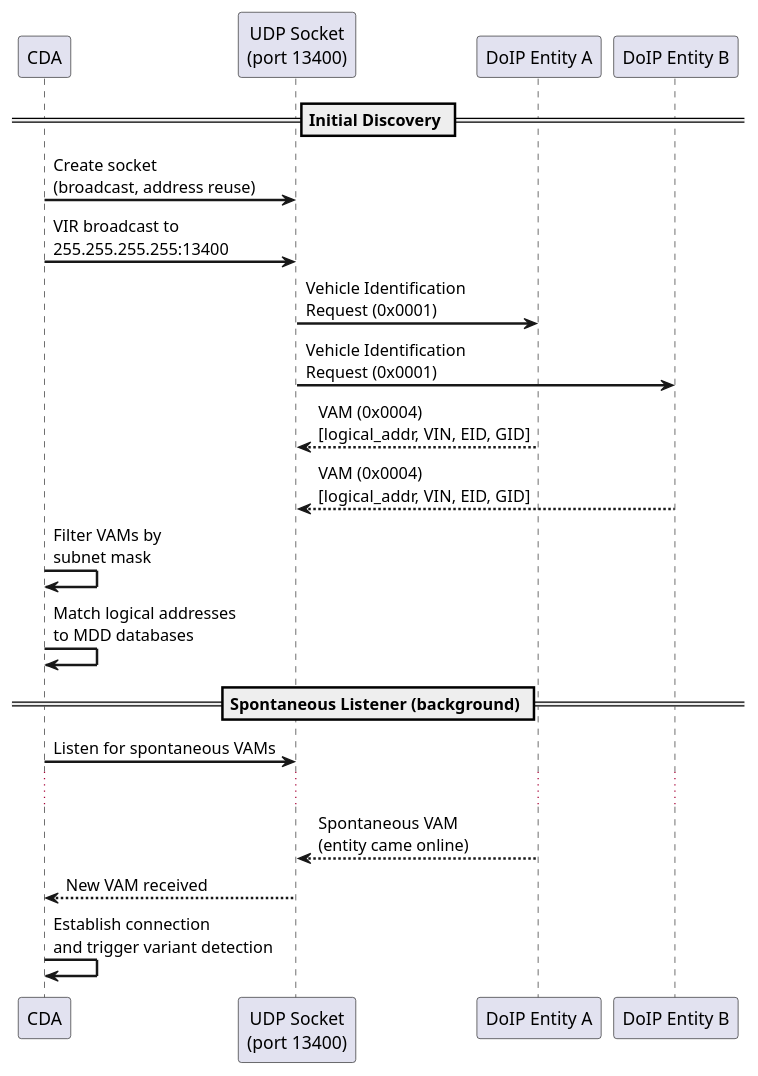
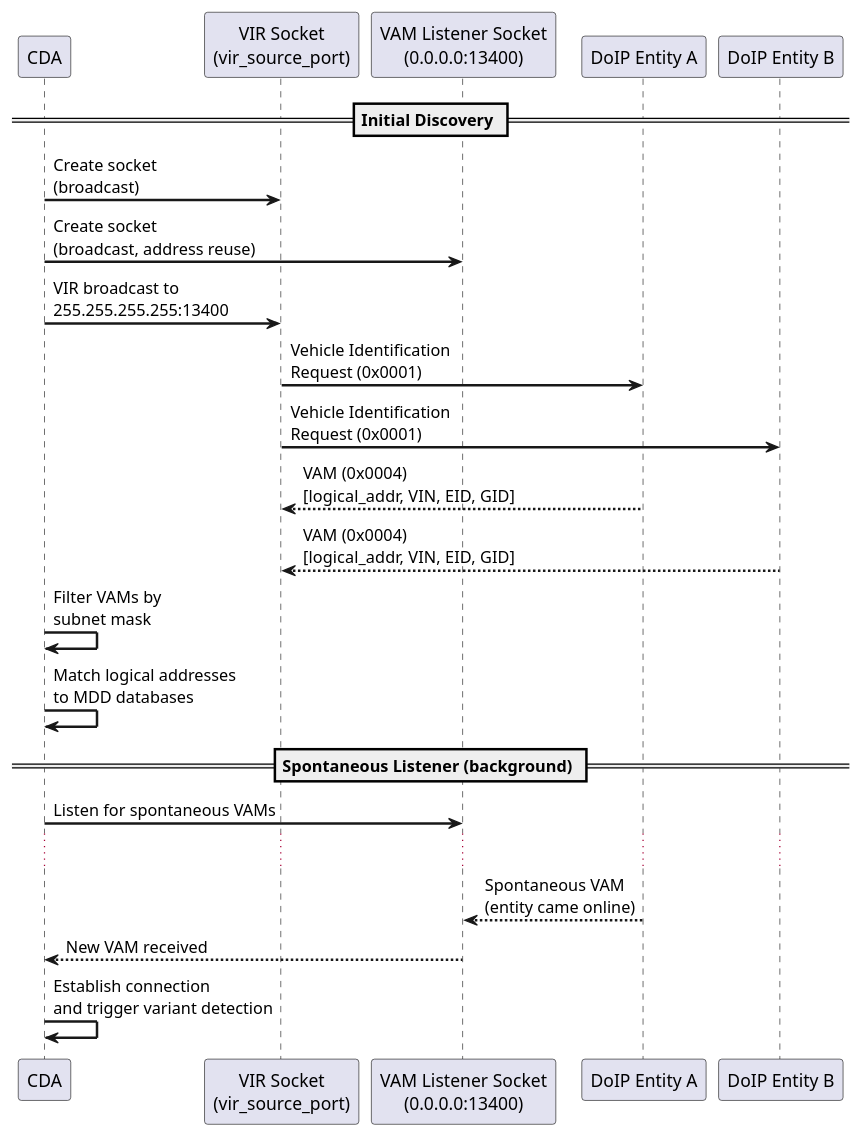
The first of 8 diagrams in docs/03_architecture/03_communication/01_doip_communication.rst (eclipse-opensovd/classic-diagnostic-adapter), drawn with PlantUML before and after one commit. The commit also changed other lines of this file and 12 other files, not shown here.

First line of the commit message:
feat(doip): make the VIR source port configurable

```diff
--- a/docs/03_architecture/03_communication/01_doip_communication.rst
+++ b/docs/03_architecture/03_communication/01_doip_communication.rst
@@ -286,32 +307,34 @@
     .. uml::
         :caption: Vehicle Identification Sequence
 
         @startuml
         skinparam backgroundColor #FFFFFF
         skinparam sequenceArrowThickness 2
 
         participant "CDA" as CDA
-        participant "UDP Socket\n(port 13400)" as UDP
+        participant "VIR Socket\n(vir_source_port)" as UDP
+        participant "VAM Listener Socket\n(0.0.0.0:13400)" as VAML
         participant "DoIP Entity A" as GWA
         participant "DoIP Entity B" as GWB
 
         == Initial Discovery ==
-        CDA -> UDP: Create socket\n(broadcast, address reuse)
+        CDA -> UDP: Create socket\n(broadcast)
+        CDA -> VAML: Create socket\n(broadcast, address reuse)
         CDA -> UDP: VIR broadcast to\n255.255.255.255:13400
 
         UDP -> GWA: Vehicle Identification\nRequest (0x0001)
         UDP -> GWB: Vehicle Identification\nRequest (0x0001)
 
         GWA --> UDP: VAM (0x0004)\n[logical_addr, VIN, EID, GID]
         GWB --> UDP: VAM (0x0004)\n[logical_addr, VIN, EID, GID]
 
         CDA -> CDA: Filter VAMs by\nsubnet mask
         CDA -> CDA: Match logical addresses\nto MDD databases
 
         == Spontaneous Listener (background) ==
-        CDA -> UDP: Listen for spontaneous VAMs
+        CDA -> VAML: Listen for spontaneous VAMs
         ...
-        GWA --> UDP: Spontaneous VAM\n(entity came online)
-        UDP --> CDA: New VAM received
+        GWA --> VAML: Spontaneous VAM\n(entity came online)
+        VAML --> CDA: New VAM received
         CDA -> CDA: Establish connection\nand trigger variant detection
         @enduml
```
